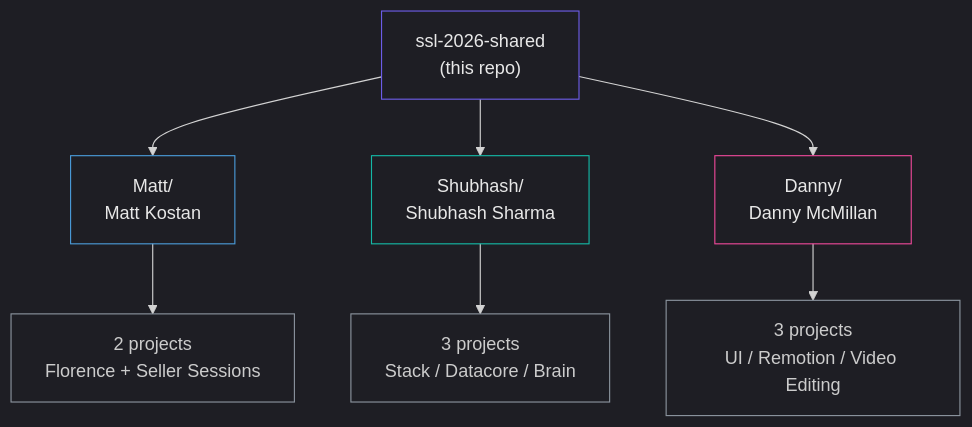
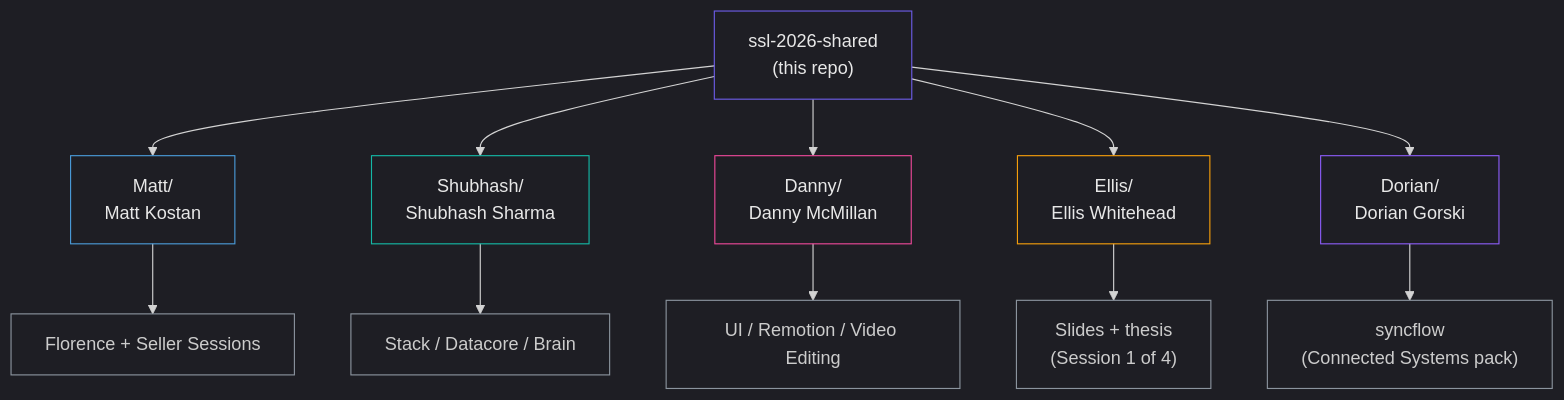
Before and after one commit to sellersessions/ssl-2026-shared: the diagram in README.md, drawn with Mermaid. The commit also changed other lines of this file and 91 other files, not shown here.

First line of the commit message:
add: Dorian's syncflow pack (v2.4) for SSL 2026 attendees (#1)

````diff
--- a/README.md
+++ b/README.md
@@ -24,18 +24,26 @@
 ```mermaid
 %%{init: {'theme': 'dark', 'themeVariables': {'nodeTextColor': '#e8e8e8', 'primaryTextColor': '#e8e8e8', 'clusterBkg': 'transparent', 'clusterBorder': '#8b949e'}}}%%
 graph TD
     REPO["ssl-2026-shared<br/>(this repo)"] --> MATT["Matt/<br/>Matt Kostan"]
     REPO --> SHUB["Shubhash/<br/>Shubhash Sharma"]
     REPO --> DAN["Danny/<br/>Danny McMillan"]
-    MATT --> MATT_P["2 projects<br/>Florence + Seller Sessions"]
-    SHUB --> SHUB_P["3 projects<br/>Stack / Datacore / Brain"]
-    DAN --> DAN_P["3 projects<br/>UI / Remotion / Video Editing"]
+    REPO --> ELL["Ellis/<br/>Ellis Whitehead"]
+    REPO --> DOR["Dorian/<br/>Dorian Gorski"]
+    MATT --> MATT_P["Florence + Seller Sessions"]
+    SHUB --> SHUB_P["Stack / Datacore / Brain"]
+    DAN --> DAN_P["UI / Remotion / Video Editing"]
+    ELL --> ELL_P["Slides + thesis<br/>(Session 1 of 4)"]
+    DOR --> DOR_P["syncflow<br/>(Connected Systems pack)"]
 
     style REPO fill:none,stroke:#6C5CE7,stroke-width:1px,color:#e8e8e8
     style MATT fill:none,stroke:#4A9BD9,stroke-width:1px,color:#e8e8e8
     style SHUB fill:none,stroke:#14B8A6,stroke-width:1px,color:#e8e8e8
     style DAN fill:none,stroke:#EC4899,stroke-width:1px,color:#e8e8e8
+    style ELL fill:none,stroke:#F59E0B,stroke-width:1px,color:#e8e8e8
+    style DOR fill:none,stroke:#8B5CF6,stroke-width:1px,color:#e8e8e8
     style MATT_P fill:none,stroke:#8b949e,stroke-width:1px,color:#cccccc
     style SHUB_P fill:none,stroke:#8b949e,stroke-width:1px,color:#cccccc
     style DAN_P fill:none,stroke:#8b949e,stroke-width:1px,color:#cccccc
+    style ELL_P fill:none,stroke:#8b949e,stroke-width:1px,color:#cccccc
+    style DOR_P fill:none,stroke:#8b949e,stroke-width:1px,color:#cccccc
 ```
````
